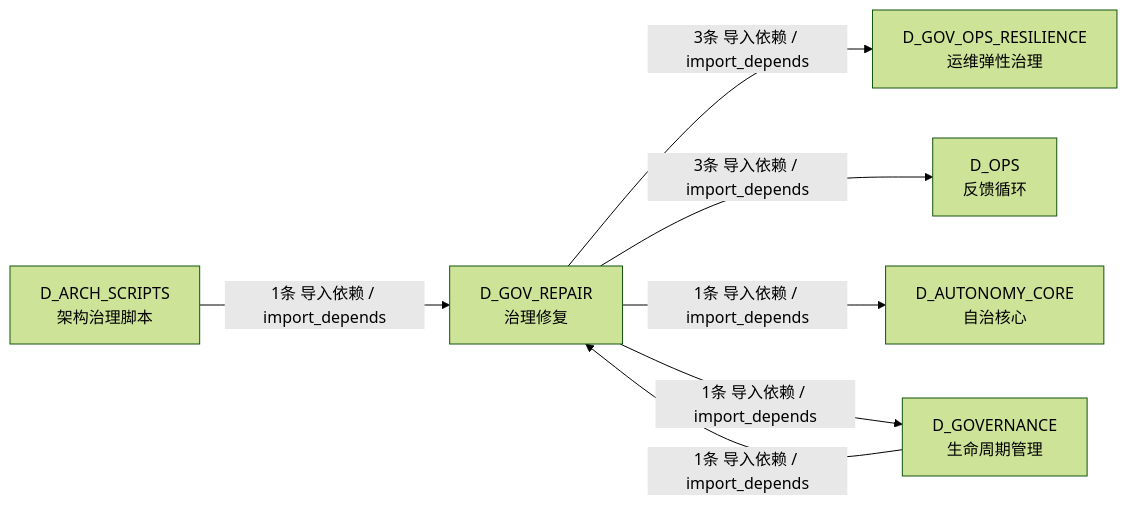
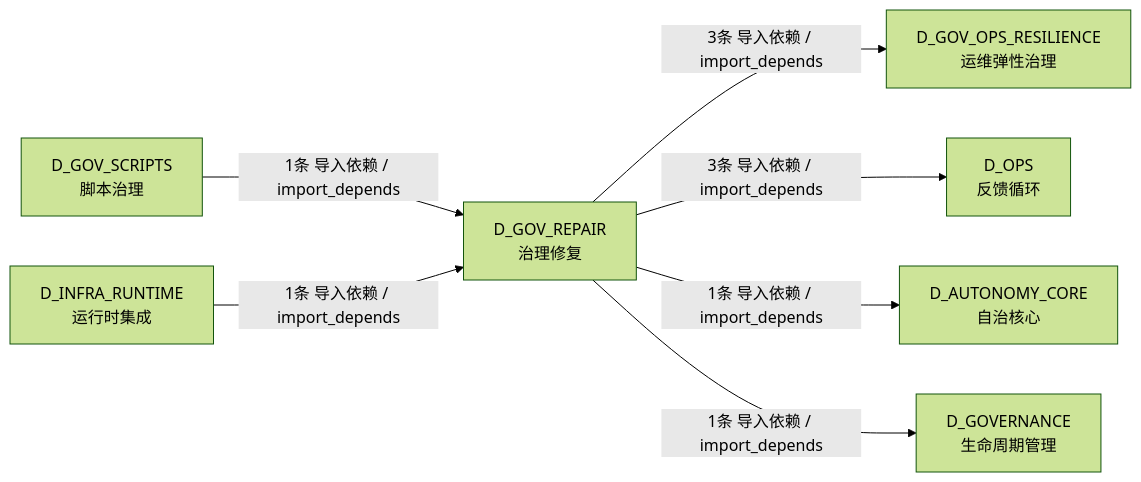
Before and after one commit to xuanFelixVan/ZephyrAlpha: the third of 3 diagrams in docs/02_enterprise_architecture/02_domain_architecture_docs/54_d_gov_repair.md, drawn with Mermaid (forest theme). The commit also changed other lines of this file and 79 other files, not shown here.

````diff
--- a/docs/02_enterprise_architecture/02_domain_architecture_docs/54_d_gov_repair.md
+++ b/docs/02_enterprise_architecture/02_domain_architecture_docs/54_d_gov_repair.md
@@ -153,15 +155,16 @@
 ```mermaid
 graph LR
     D_GOV_REPAIR["D_GOV_REPAIR<br/>治理修复"]
     D_GOV_OPS_RESILIENCE["D_GOV_OPS_RESILIENCE<br/>运维弹性治理"]
     D_OPS["D_OPS<br/>反馈循环"]
     D_AUTONOMY_CORE["D_AUTONOMY_CORE<br/>自治核心"]
     D_GOVERNANCE["D_GOVERNANCE<br/>生命周期管理"]
-    D_ARCH_SCRIPTS["D_ARCH_SCRIPTS<br/>架构治理脚本"]
+    D_GOV_SCRIPTS["D_GOV_SCRIPTS<br/>脚本治理"]
+    D_INFRA_RUNTIME["D_INFRA_RUNTIME<br/>运行时集成"]
     D_GOV_REPAIR -->|3条 导入依赖 / import_depends| D_GOV_OPS_RESILIENCE
     D_GOV_REPAIR -->|3条 导入依赖 / import_depends| D_OPS
     D_GOV_REPAIR -->|1条 导入依赖 / import_depends| D_AUTONOMY_CORE
     D_GOV_REPAIR -->|1条 导入依赖 / import_depends| D_GOVERNANCE
-    D_ARCH_SCRIPTS -->|1条 导入依赖 / import_depends| D_GOV_REPAIR
-    D_GOVERNANCE -->|1条 导入依赖 / import_depends| D_GOV_REPAIR
+    D_GOV_SCRIPTS -->|1条 导入依赖 / import_depends| D_GOV_REPAIR
+    D_INFRA_RUNTIME -->|1条 导入依赖 / import_depends| D_GOV_REPAIR
 ```
````
